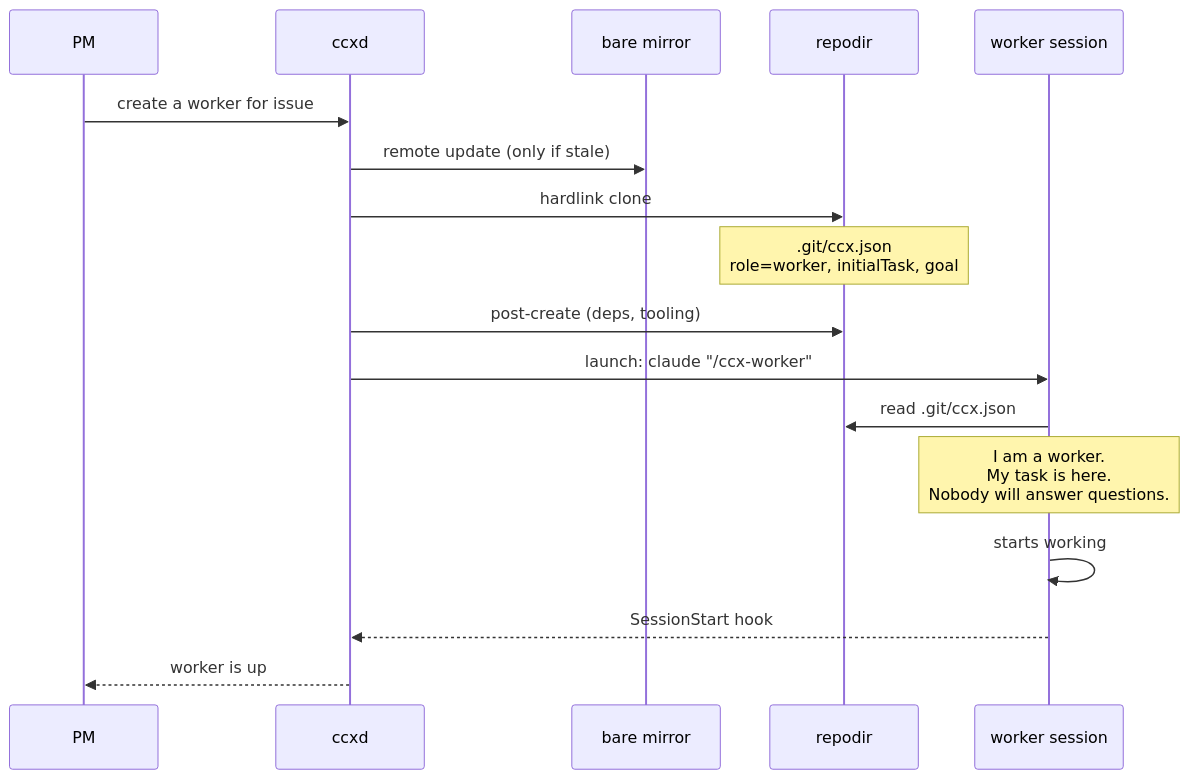
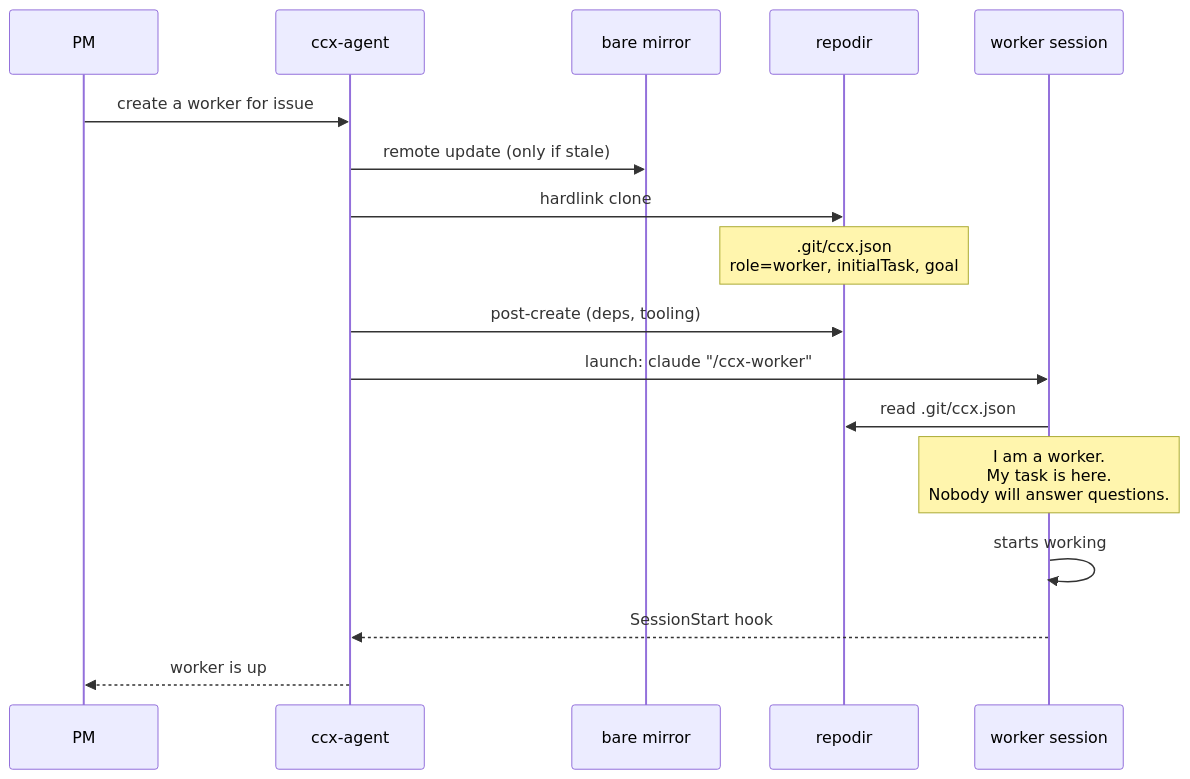
One commit to TakashiAihara/ccx changed the first of 8 diagrams in docs/design/use-cases.md. Above: the diagram before and after it, drawn with Mermaid. The commit also changed other lines of this file and 58 other files, not shown here.

First line of the commit message:
chore: rename ccxd to ccx-agent (#131)

````diff
--- a/docs/design/use-cases.md
+++ b/docs/design/use-cases.md
@@ -15,20 +15,20 @@
 ```mermaid
 sequenceDiagram
     participant PM
-    participant CCXD as ccxd
+    participant AGENT as ccx-agent
     participant M as bare mirror
     participant RD as repodir
     participant S as worker session
 
-    PM->>CCXD: create a worker for issue #13
-    CCXD->>M: remote update (only if stale)
-    CCXD->>RD: hardlink clone
+    PM->>AGENT: create a worker for issue #13
+    AGENT->>M: remote update (only if stale)
+    AGENT->>RD: hardlink clone
     Note over RD: .git/ccx.json<br/>role=worker, initialTask, goal
-    CCXD->>RD: post-create (deps, tooling)
-    CCXD->>S: launch: claude "/ccx-worker"
+    AGENT->>RD: post-create (deps, tooling)
+    AGENT->>S: launch: claude "/ccx-worker"
     S->>RD: read .git/ccx.json
     Note over S: I am a worker.<br/>My task is here.<br/>Nobody will answer questions.
     S->>S: starts working
-    S-->>CCXD: SessionStart hook
-    CCXD-->>PM: worker is up
+    S-->>AGENT: SessionStart hook
+    AGENT-->>PM: worker is up
 ```
````
